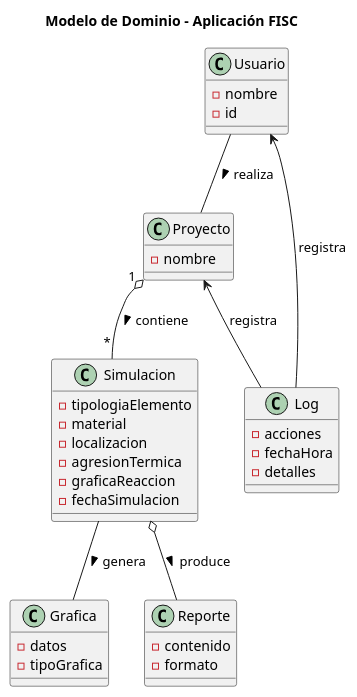
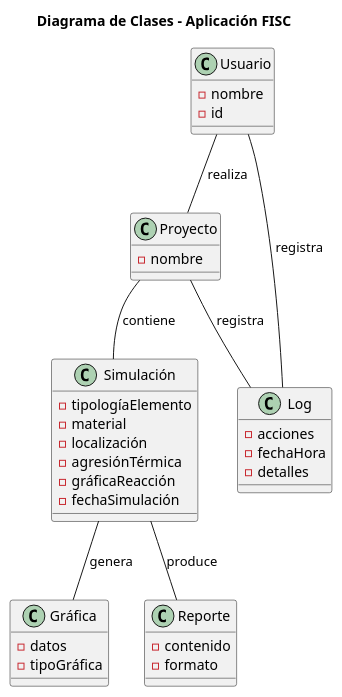
One commit to mmasias/23-24-IdSw1-SDR changed the diagram in modelosUML/diagramaClases.puml. Above: the diagram before and after it, drawn with PlantUML. The commit also changed 2 other files, not shown here.

Commit message:
arreglos diagrama de clases

```diff
--- a/modelosUML/diagramaClases.puml
+++ b/modelosUML/diagramaClases.puml
@@ -1,45 +1,46 @@
 @startuml
-title Modelo de Dominio - Aplicación FISC
+
+title Diagrama de Clases - Aplicación FISC
 
 class Usuario {
     - nombre
     - id
 }
 
 class Proyecto {
     - nombre
 }
 
-class Simulacion {
-    - tipologiaElemento
+class Simulación {
+    - tipologíaElemento
     - material
-    - localizacion
-    - agresionTermica
-    - graficaReaccion
-    - fechaSimulacion
+    - localización
+    - agresiónTérmica
+    - gráficaReacción
+    - fechaSimulación
 }
 
-class Grafica {
+class Gráfica {
     - datos
-    - tipoGrafica
+    - tipoGráfica
 }
 
 class Log {
     - acciones
     - fechaHora
     - detalles
 }
 
 class Reporte {
     - contenido
     - formato
 }
 
-Usuario -- Proyecto : "realiza >"
-Proyecto "1" o-- "*" Simulacion : "contiene >"
-Simulacion -- Grafica : "genera >"
-Simulacion o-- Reporte : "produce >"
-Usuario <-- Log : "registra"
-Proyecto <-- Log : "registra"
+Usuario -- Proyecto : "realiza"
+Proyecto  -- Simulación : "contiene"
+Simulación -- Gráfica : "genera"
+Simulación -- Reporte : "produce"
+Usuario -- Log : "registra"
+Proyecto -- Log : "registra"
 
 @enduml
```
